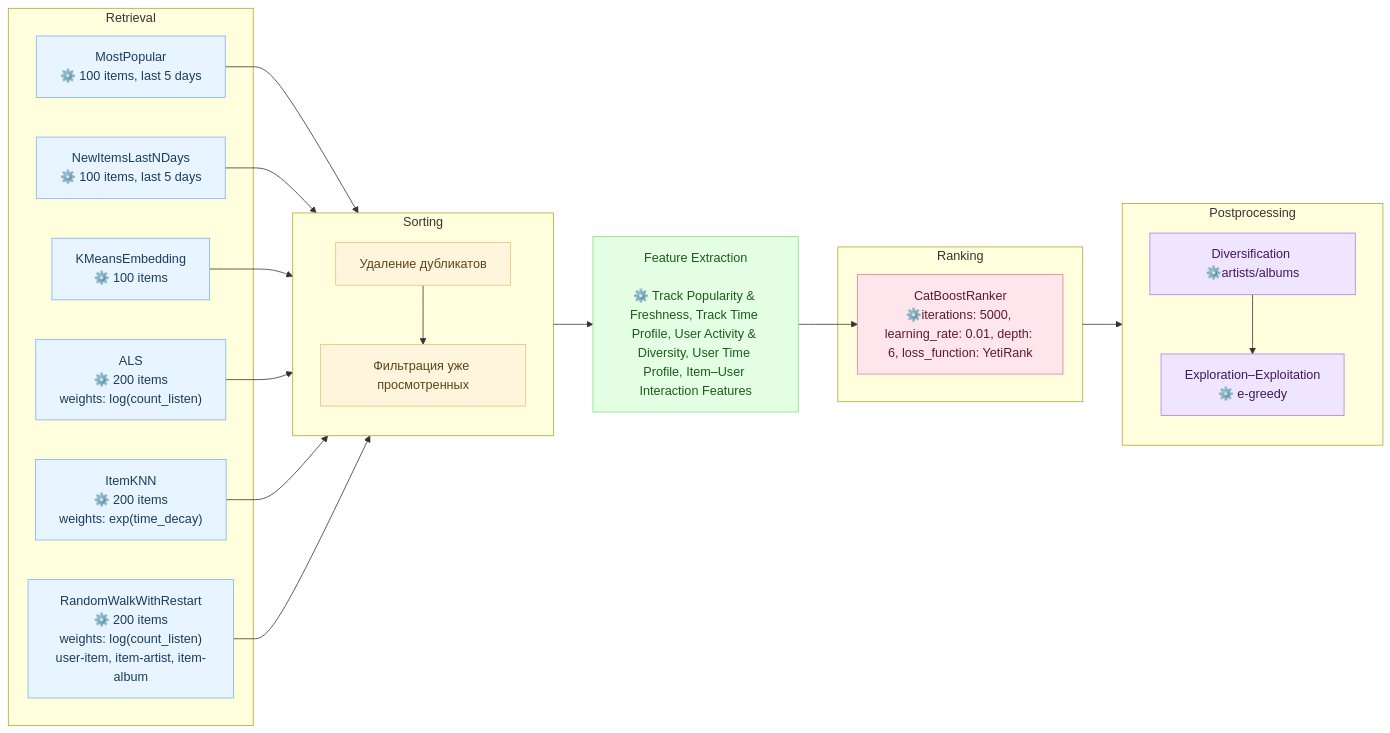
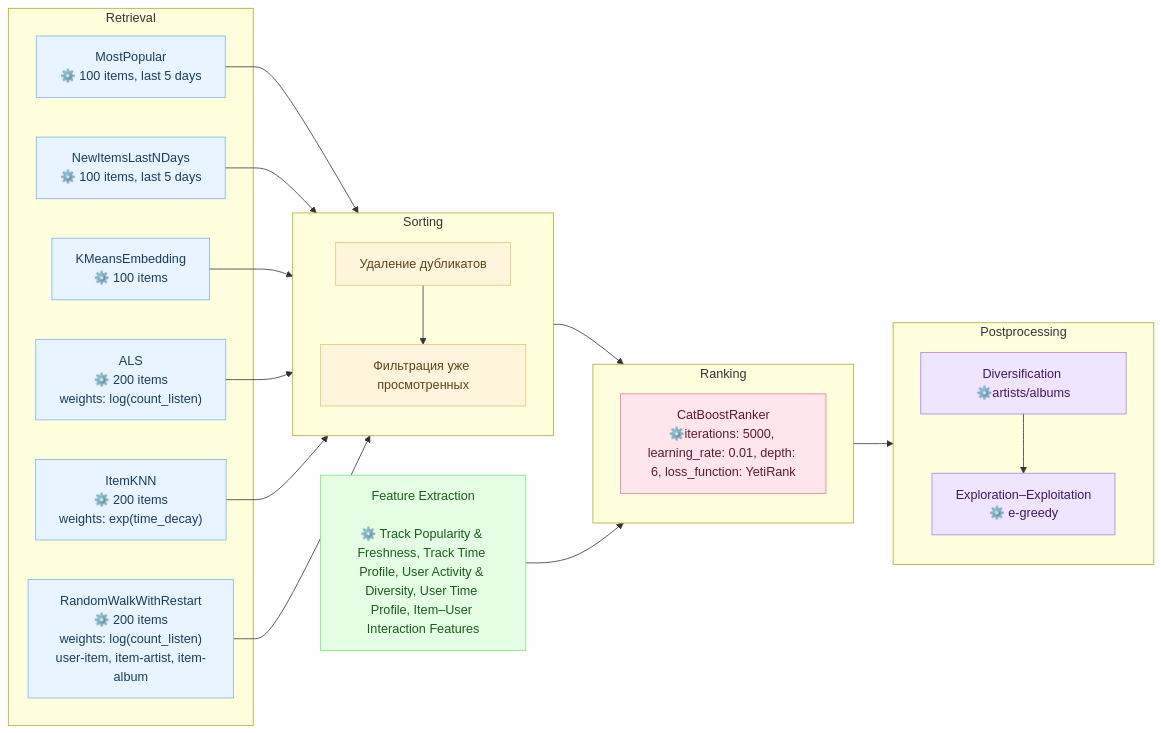
Before and after one commit to Nastasy822/music-recommendation-experiments: the second of 2 diagrams in README.md, drawn with Mermaid.

Commit message:
docs(readme): update diagram

````diff
--- a/README.md
+++ b/README.md
@@ -180,64 +180,61 @@
 ```mermaid
 flowchart LR
     %% === Retrieval Models ===
     subgraph RETRIEVAL ["Retrieval"]
         PopAll["MostPopular<br/>⚙️ 100 items, last 5 days"]
         PopUser["NewItemsLastNDays<br/>⚙️ 100 items, last 5 days"]
         SIM["KMeansEmbedding<br/>⚙️ 100 items"]
         ITEMKNN["ItemKNN<br/>⚙️ 200 items<br/>weights: exp(time_decay)"]
         GRAPH["RandomWalkWithRestart<br/>⚙️ 200 items<br/>weights: log(count_listen)<br/>user-item, item-artist, item-album"]
         ALS["ALS<br/>⚙️ 200 items<br/>weights: log(count_listen)"]
     end
 
     %% === Sorting Stage ===
     subgraph SORTING ["Sorting"]
         direction TB
         DUBLICATE["Удаление дубликатов"]
         FILTER["Фильтрация уже просмотренных"]
         DUBLICATE --> FILTER
     end
 
-    %% === Feature Extraction ===
-    FEATS["Feature Extraction<br><br>⚙️ Track Popularity & Freshness, Track Time Profile, User Activity & Diversity, User Time Profile, Item–User Interaction Features"]
-    
     %% === Ranking Stage ===
     subgraph RANKING ["Ranking"]
         RANK["CatBoostRanker<br/>⚙️iterations: 5000, learning_rate: 0.01, depth: 6, loss_function: YetiRank"]
     end
 
     %% === Postprocessing Stage ===
     subgraph POSTPROCESS ["Postprocessing"]
         direction TB
         ARTIST_FILTER["Diversification ⚙️artists/albums"]
         EXPLORATION["Exploration–Exploitation<br/> ⚙️ e-greedy"]
         ARTIST_FILTER --> EXPLORATION
     end
 
-
+    %% === Feature Extraction ===
+    FEATS["Feature Extraction<br><br>⚙️ Track Popularity & Freshness, Track Time Profile, User Activity & Diversity, User Time Profile, Item–User Interaction Features"]
 
     %% === Data Flows ===
     PopAll --> SORTING
     PopUser --> SORTING
     SIM --> SORTING
     ALS --> SORTING
     ITEMKNN --> SORTING
     GRAPH --> SORTING
-
-    SORTING --> FEATS
-    FEATS --> RANK
+    SORTING --> RANKING
+    FEATS --> RANKING
     RANKING --> POSTPROCESS
 
     %% === Styles ===
     classDef retrieval fill:#e8f4ff,stroke:#7db4e6,color:#1a3d5c;
     classDef sorting fill:#fff5dd,stroke:#e6c27d,color:#5c451a;
     classDef ranking fill:#ffe6ec,stroke:#e67d9c,color:#5c1a2f;
     classDef postprocess fill:#f0e5ff,stroke:#b07de6,color:#3d1a5c;
     classDef features fill:#e5ffe5,stroke:#7de67d,color:#1a5c1a;
 
     class PopAll,PopUser,SIM,ALS,ITEMKNN,GRAPH retrieval;
     class FILTER,DUBLICATE sorting;
     class RANK ranking;
     class ARTIST_FILTER,EXPLORATION postprocess;
     class FEATS features;
 
 ```
````
